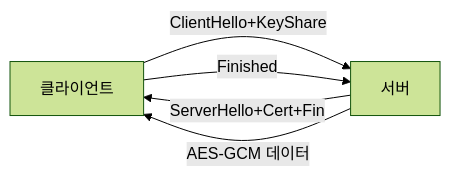
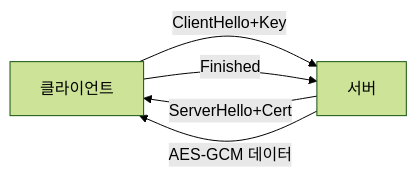
Before and after one commit to yjkim2015/yjkim2015.github.io: the second of 10 diagrams in _posts/network/2026-05-03-https-tls.md, drawn with Mermaid (forest theme). The commit also changed other lines of this file and 245 other files, not shown here.

First line of the commit message:
Mermaid 다이어그램 전면 수정 + 면접 포인트 접기/펼치기 + DB 데드락 페이지

````diff
--- a/_posts/network/2026-05-03-https-tls.md
+++ b/_posts/network/2026-05-03-https-tls.md
@@ -99,7 +99,7 @@
 ```mermaid
 graph LR
-    C["클라이언트"] -->|"ClientHello+KeyShare"| S["서버"]
-    S -->|"ServerHello+Cert+Fin"| C
+    C["클라이언트"] -->|"ClientHello+Key"| S["서버"]
+    S -->|"ServerHello+Cert"| C
     C -->|"Finished"| S
     S -->|"AES-GCM 데이터"| C
 ```
````
